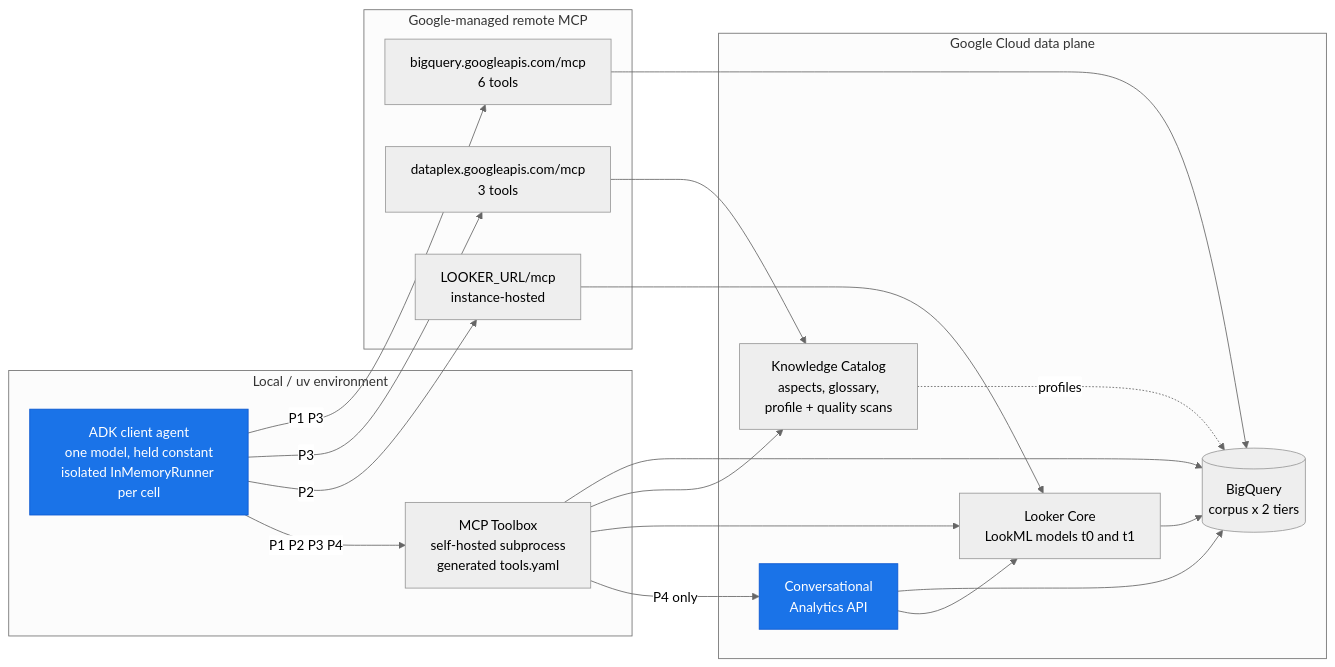
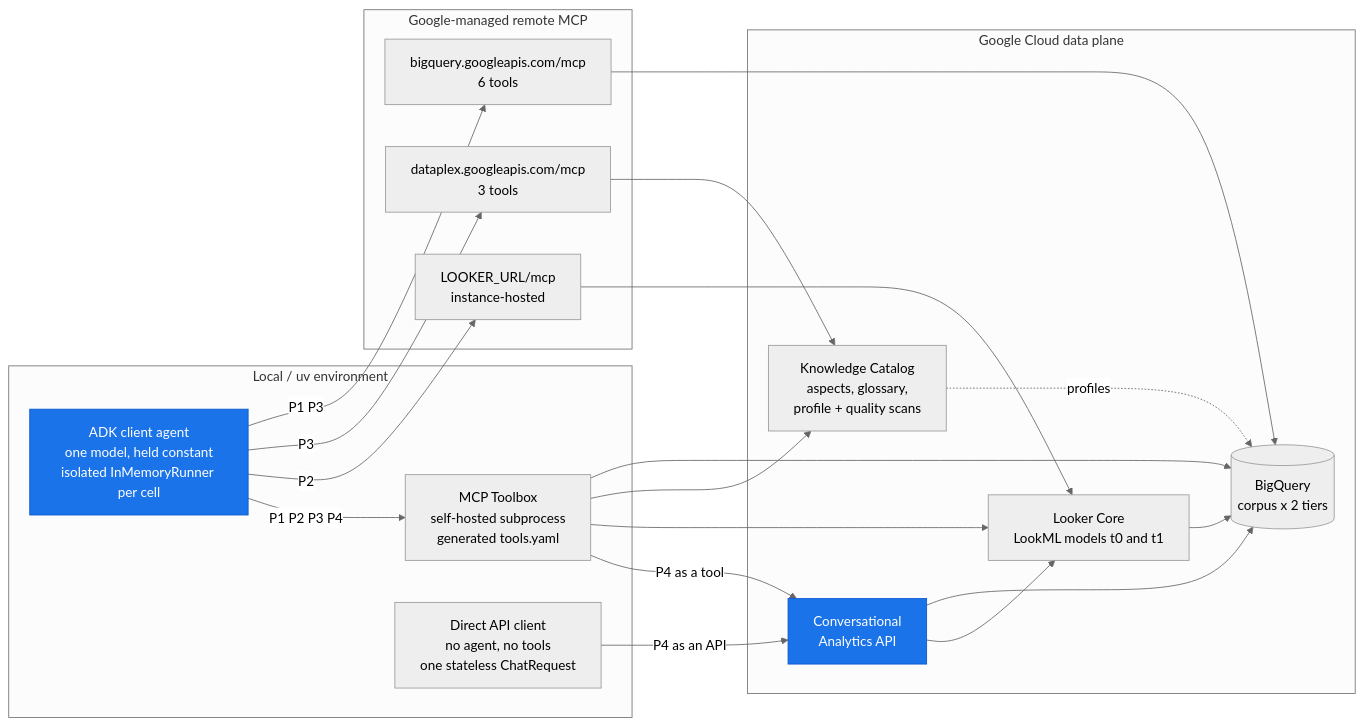
The diagram in Applied ML/AI Agents/data-mcp-sandbox/docs/design.md (statmike/vertex-ai-mlops), drawn with Mermaid (neutral theme) before and after one commit. The commit also changed other lines of this file and 18 other files, not shown here.

First line of the commit message:
docs(sandbox): document the direct-API arms (Amendment B.4.8)

````diff
--- a/Applied ML/AI Agents/data-mcp-sandbox/docs/design.md
+++ b/Applied ML/AI Agents/data-mcp-sandbox/docs/design.md
@@ -62,40 +63,42 @@
 ```mermaid
 flowchart LR
     subgraph Local["Local / uv environment"]
         ADK["ADK client agent<br/>one model, held constant<br/>isolated InMemoryRunner per cell"]
         TB["MCP Toolbox<br/>self-hosted subprocess<br/>generated tools.yaml"]
+        DIR["Direct API client<br/>no agent, no tools<br/>one stateless ChatRequest"]
     end
 
     subgraph Managed["Google-managed remote MCP"]
         BQM["bigquery.googleapis.com/mcp<br/>6 tools"]
         DPM["dataplex.googleapis.com/mcp<br/>3 tools"]
         LKM["LOOKER_URL/mcp<br/>instance-hosted"]
     end
 
     subgraph GCP["Google Cloud data plane"]
         BQ[("BigQuery<br/>corpus x 2 tiers")]
         DP["Knowledge Catalog<br/>aspects, glossary,<br/>profile + quality scans"]
         LK["Looker Core<br/>LookML models t0 and t1"]
         CA["Conversational<br/>Analytics API"]
     end
 
     ADK -->|"P1 P3"| BQM
     ADK -->|"P3"| DPM
     ADK -->|"P2"| LKM
     ADK -->|"P1 P2 P3 P4"| TB
 
     BQM --> BQ
     DPM --> DP
     LKM --> LK
     TB --> BQ
     TB --> DP
     TB --> LK
-    TB -->|"P4 only"| CA
+    TB -->|"P4 as a tool"| CA
+    DIR -->|"P4 as an API"| CA
     CA --> BQ
     CA --> LK
     LK --> BQ
     DP -.->|"profiles"| BQ
 
     classDef brain fill:#1a73e8,stroke:#0b57d0,color:#fff
     class ADK,CA brain
 ```
````
